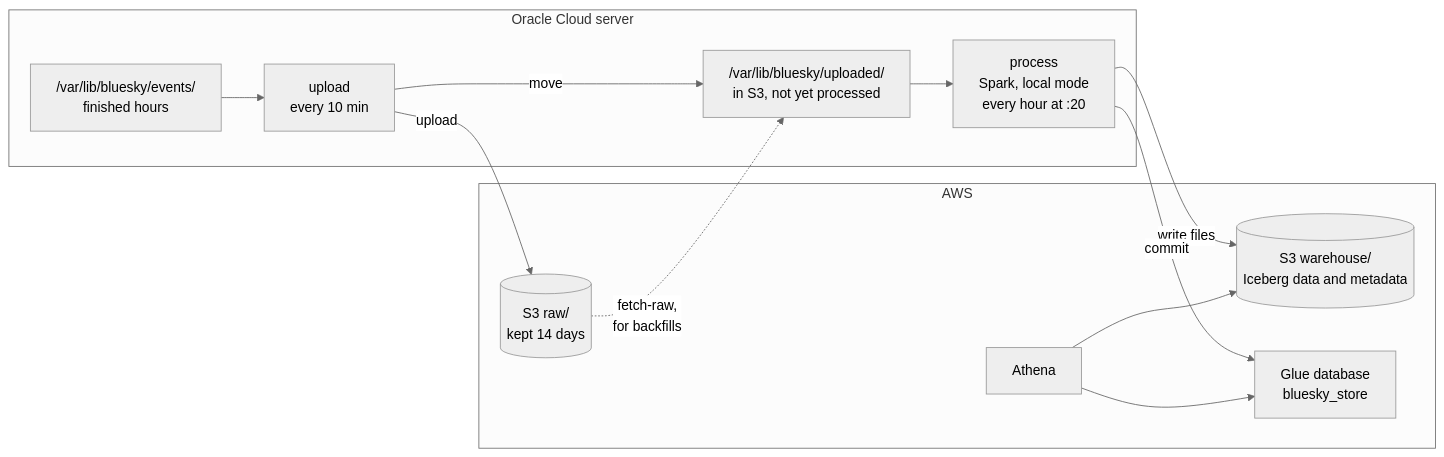
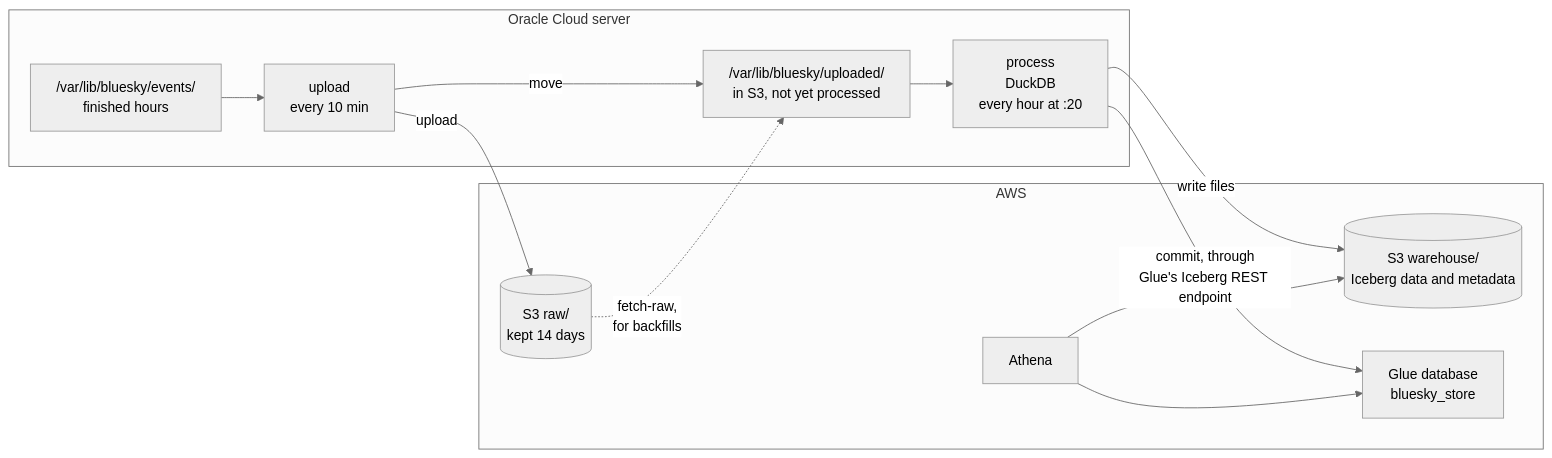
The diagram in docs/architectures/event-store.md (dhirajkk91/bluesky-stream-analytics), drawn with Mermaid (neutral theme) before and after one commit. The commit also changed other lines of this file and 22 other files, not shown here.

````diff
--- a/docs/architectures/event-store.md
+++ b/docs/architectures/event-store.md
@@ -25,26 +25,26 @@
 ```mermaid
 flowchart LR
     subgraph VM["Oracle Cloud server"]
         U["upload<br/>every 10 min"]
         E["/var/lib/bluesky/events/<br/>finished hours"]
         W["/var/lib/bluesky/uploaded/<br/>in S3, not yet processed"]
-        P["process<br/>Spark, local mode<br/>every hour at :20"]
+        P["process<br/>DuckDB<br/>every hour at :20"]
     end
 
     subgraph AWS["AWS"]
         RAW[("S3 raw/<br/>kept 14 days")]
         WH[("S3 warehouse/<br/>Iceberg data and metadata")]
         G["Glue database<br/>bluesky_store"]
         A["Athena"]
     end
 
     E --> U
     U -->|"upload"| RAW
     U -->|"move"| W
     W --> P
     P -->|"write files"| WH
-    P -->|"commit"| G
+    P -->|"commit, through<br/>Glue's Iceberg REST endpoint"| G
     A --> G
     A --> WH
     RAW -.->|"fetch-raw,<br/>for backfills"| W
 ```
````
